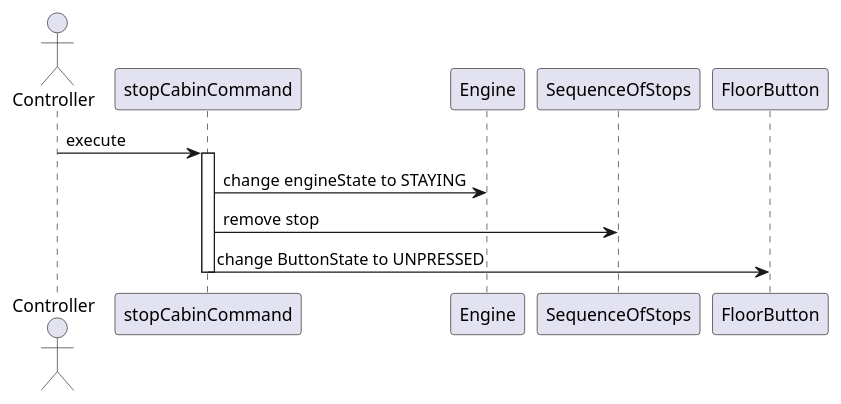
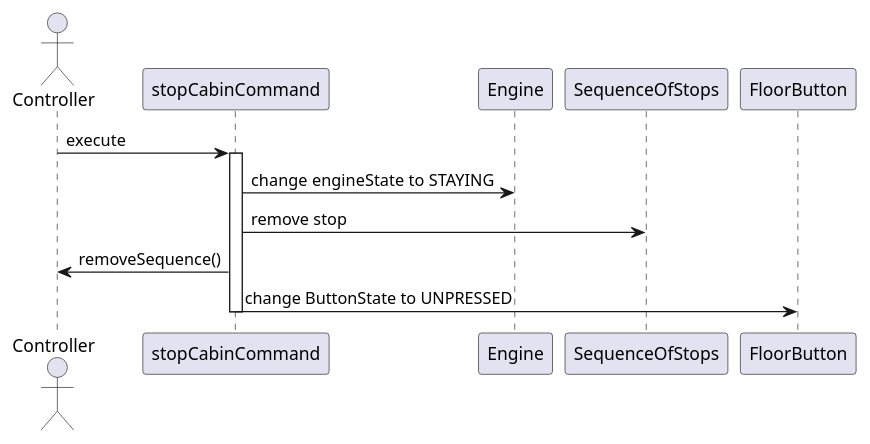
Before and after one commit to valentynliubchenko/BomElevator: the diagram in src/documentation/comand/stopCabinCommand.puml, drawn with PlantUML. The commit also changed 3 other files, not shown here.

```diff
--- a/src/documentation/comand/stopCabinCommand.puml
+++ b/src/documentation/comand/stopCabinCommand.puml
@@ -1,12 +1,13 @@
 @startuml
 
 actor Controller
 
 Controller -> stopCabinCommand: execute
 activate stopCabinCommand
 stopCabinCommand -> Engine: change engineState to STAYING
 stopCabinCommand -> SequenceOfStops: remove stop
+stopCabinCommand -> Controller: removeSequence()
 stopCabinCommand -> FloorButton: change ButtonState to UNPRESSED
 deactivate stopCabinCommand
 
 @enduml
```
